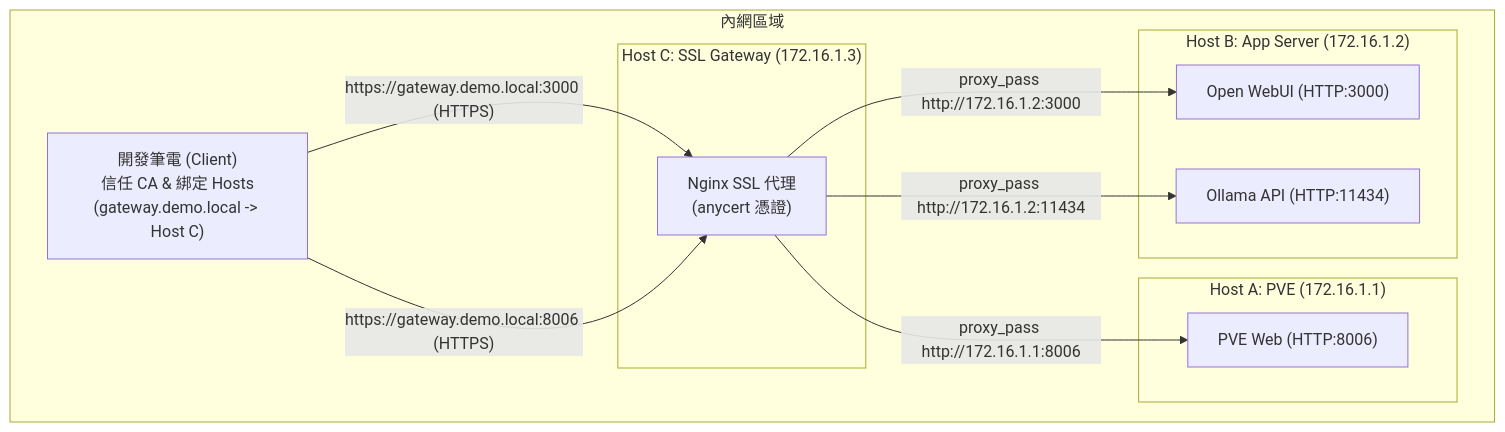
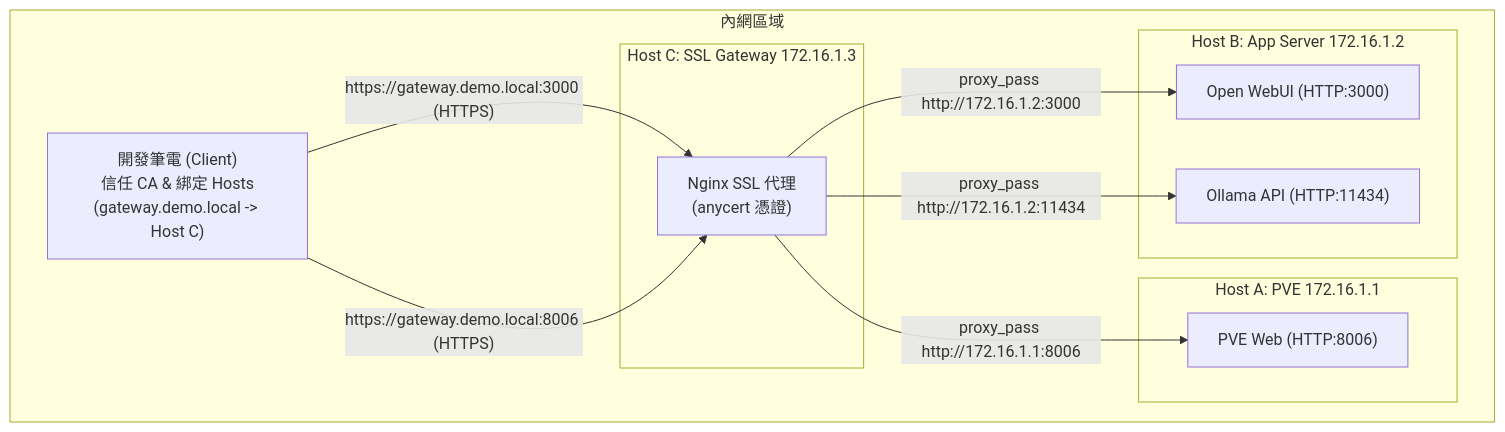
The second of 5 diagrams in README_tw.md (anomixer/anycert), drawn with Mermaid before and after one commit. The commit also changed other lines of this file and 7 other files, not shown here.

````diff
--- a/README_tw.md
+++ b/README_tw.md
@@ -197,26 +197,26 @@
 ```mermaid
 flowchart TD
-    subgraph LAN [內網區域]
+    subgraph LAN ["內網區域"]
         Client["開發筆電 (Client)\n信任 CA & 綁定 Hosts\n(gateway.demo.local -> Host C)"]
         
-        subgraph HostC["Host C: SSL Gateway (172.16.1.3)"]
+        subgraph HostC ["Host C: SSL Gateway 172.16.1.3"]
             Nginx["Nginx SSL 代理\n(anycert 憑證)"]
         end
         
-        subgraph HostA["Host A: PVE (172.16.1.1)"]
+        subgraph HostA ["Host A: PVE 172.16.1.1"]
             PVE["PVE Web (HTTP:8006)"]
         end
         
-        subgraph HostB["Host B: App Server (172.16.1.2)"]
+        subgraph HostB ["Host B: App Server 172.16.1.2"]
             OpenWebUI["Open WebUI (HTTP:3000)"]
             Ollama["Ollama API (HTTP:11434)"]
         end
         
         Client -- "https://gateway.demo.local:3000 (HTTPS)" --> Nginx
         Client -- "https://gateway.demo.local:8006 (HTTPS)" --> Nginx
         
         Nginx -- "proxy_pass http://172.16.1.1:8006" --> PVE
         Nginx -- "proxy_pass http://172.16.1.2:3000" --> OpenWebUI
         Nginx -- "proxy_pass http://172.16.1.2:11434" --> Ollama
     end
 ```
````
